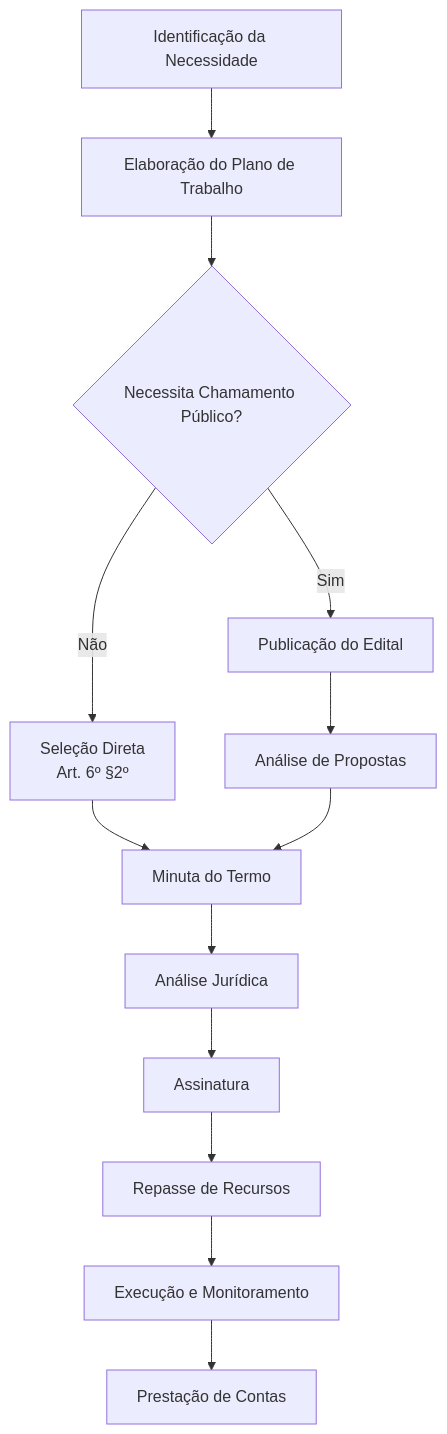
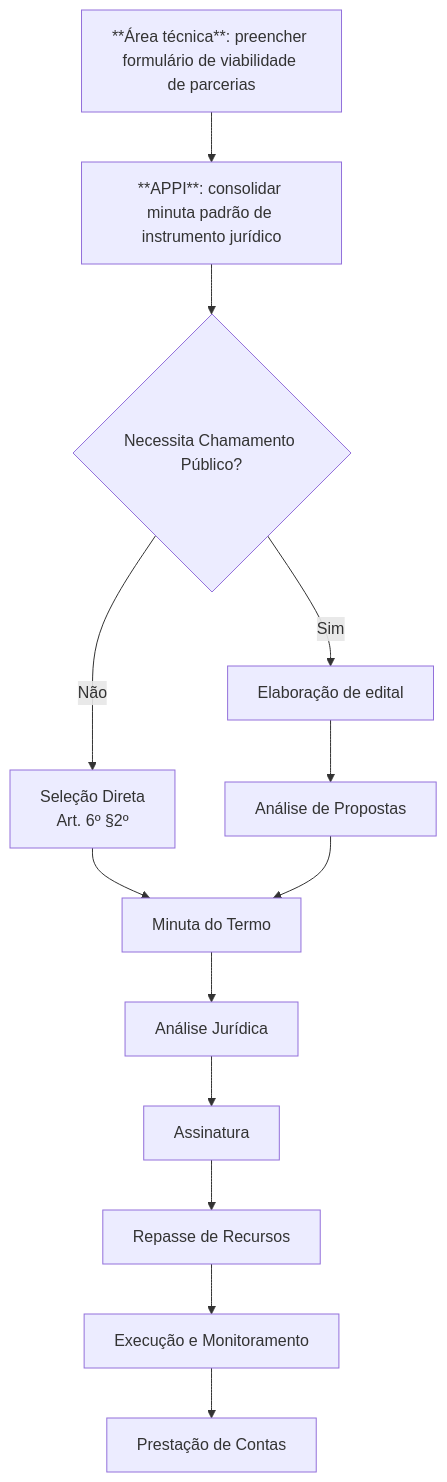
The second of 2 diagrams in paginas/marcos_regulatorios/MRFC/TEC/README.md (iepha-mg/manual.appi), drawn with Mermaid before and after one commit. The commit also changed other lines of this file, not shown here.

```diff
--- a/paginas/marcos_regulatorios/MRFC/TEC/README.md
+++ b/paginas/marcos_regulatorios/MRFC/TEC/README.md
@@ -79,15 +128,15 @@
 <pre class="mermaid">
 graph TD
-    A[Identificação da Necessidade] --> B[Elaboração do Plano de Trabalho]
+    A[**Área técnica**: preencher formulário de viabilidade de parcerias] --> B[**APPI**: consolidar minuta padrão de instrumento jurídico]
     B --> C{Necessita Chamamento Público?}
-    C -->|Sim| D[Publicação do Edital]
+    C -->|Sim| D[Elaboração de edital]
     C -->|Não| E[Seleção Direta<br>Art. 6º §2º]
     D --> F[Análise de Propostas]
     E --> G[Minuta do Termo]
     F --> G
     G --> H[Análise Jurídica]
     H --> I[Assinatura]
     I --> J[Repasse de Recursos]
     J --> K[Execução e Monitoramento]
     K --> L[Prestação de Contas]
   </pre>
```
